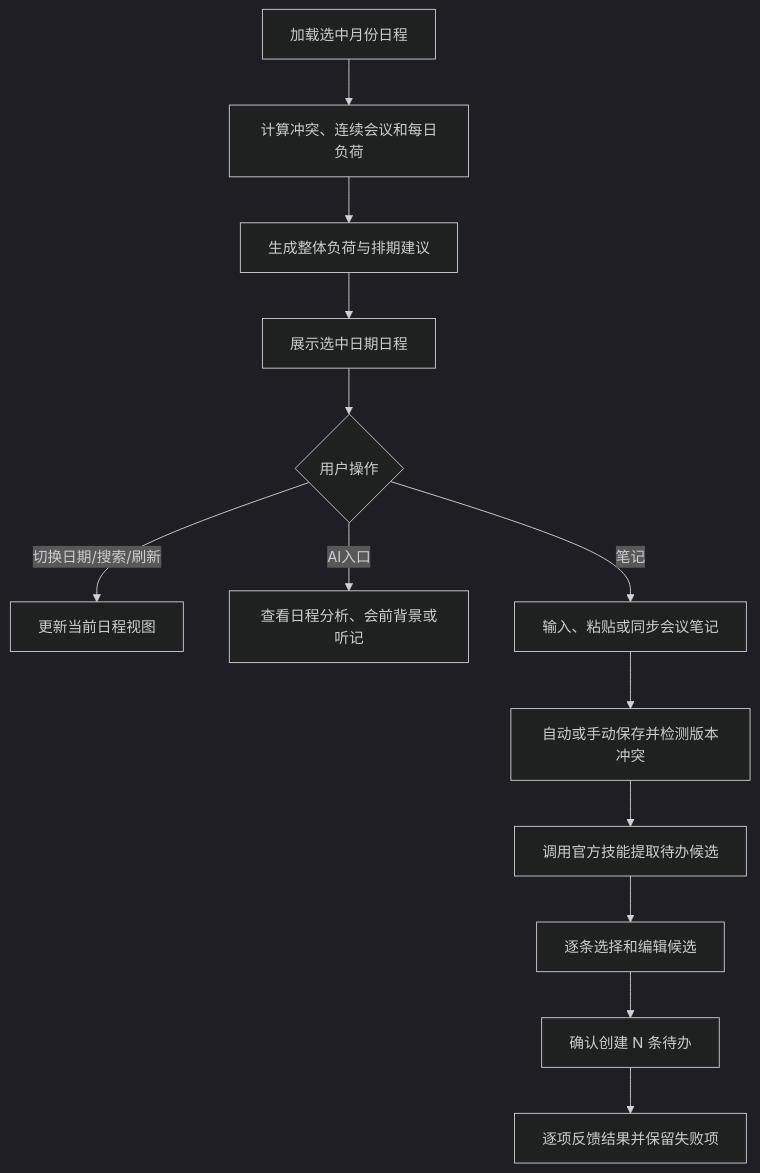
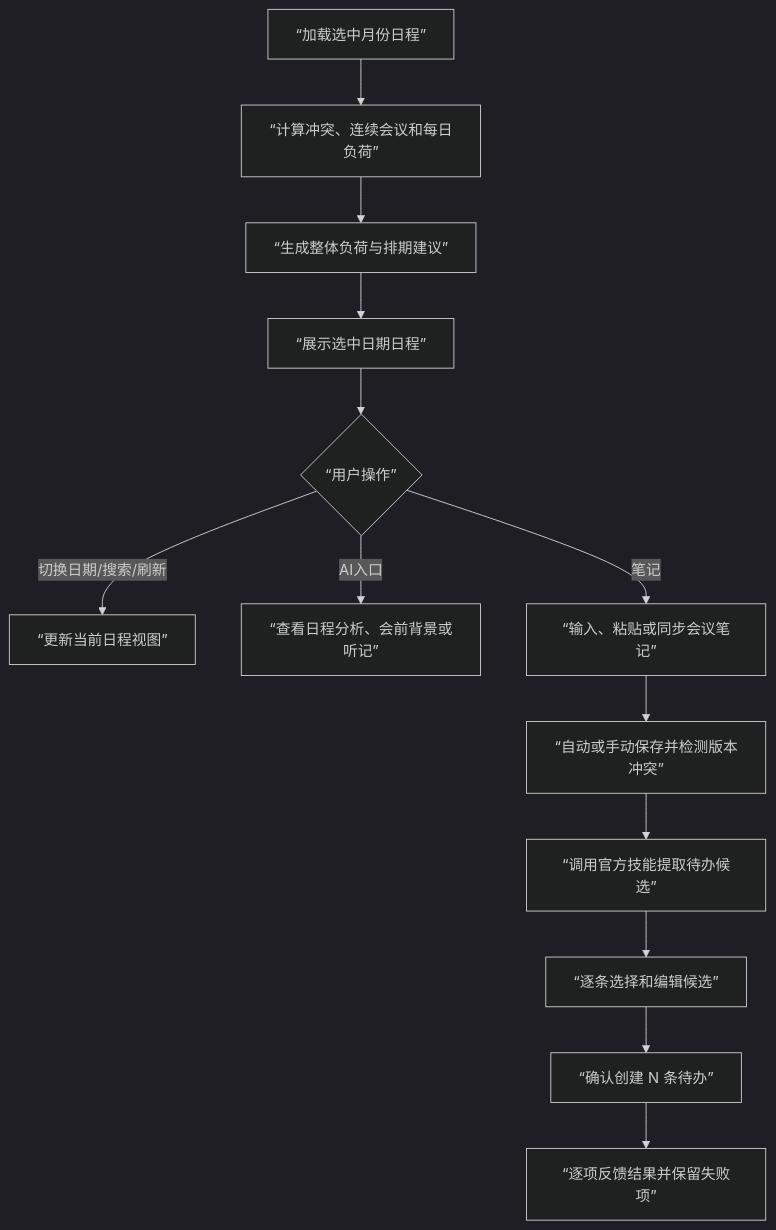
The third of 3 diagrams in docs/需求文档/20260726-【PRD】AI工作台-日程看板（MVP）-天马智擎项目.md (fri555/PORTL), drawn with Mermaid (dark theme) before and after one commit. The commit also changed other lines of this file, not shown here.

````diff
--- a/docs/需求文档/20260726-【PRD】AI工作台-日程看板（MVP）-天马智擎项目.md
+++ b/docs/需求文档/20260726-【PRD】AI工作台-日程看板（MVP）-天马智擎项目.md
@@ -238,15 +384,15 @@
 ```mermaid
 flowchart TD
-    A["加载选中月份日程"] --> B["计算冲突、连续会议和每日负荷"]
-    B --> C["生成整体负荷与排期建议"]
-    C --> D["展示选中日期日程"]
-    D --> E{"用户操作"}
-    E -->|切换日期/搜索/刷新| F["更新当前日程视图"]
-    E -->|AI入口| G["查看日程分析、会前背景或听记"]
-    E -->|笔记| H["输入、粘贴或同步会议笔记"]
-    H --> I["自动或手动保存并检测版本冲突"]
-    I --> J["调用官方技能提取待办候选"]
-    J --> K["逐条选择和编辑候选"]
-    K --> L["确认创建 N 条待办"]
-    L --> M["逐项反馈结果并保留失败项"]
+    A[“加载选中月份日程”] --> B[“计算冲突、连续会议和每日负荷”]
+    B --> C[“生成整体负荷与排期建议”]
+    C --> D[“展示选中日期日程”]
+    D --> E{“用户操作”}
+    E -->|切换日期/搜索/刷新| F[“更新当前日程视图”]
+    E -->|AI入口| G[“查看日程分析、会前背景或听记”]
+    E -->|笔记| H[“输入、粘贴或同步会议笔记”]
+    H --> I[“自动或手动保存并检测版本冲突”]
+    I --> J[“调用官方技能提取待办候选”]
+    J --> K[“逐条选择和编辑候选”]
+    K --> L[“确认创建 N 条待办”]
+    L --> M[“逐项反馈结果并保留失败项”]
 ```
````
